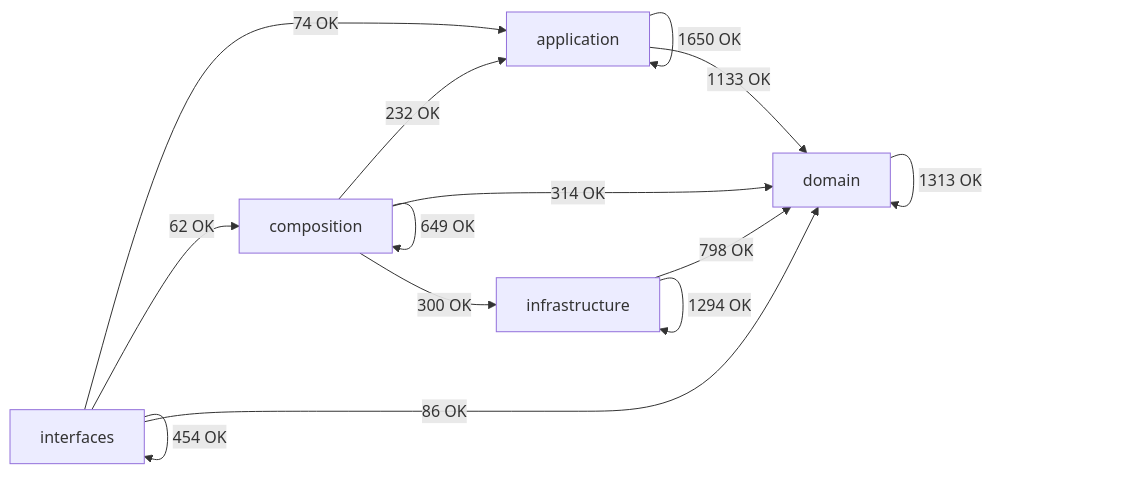
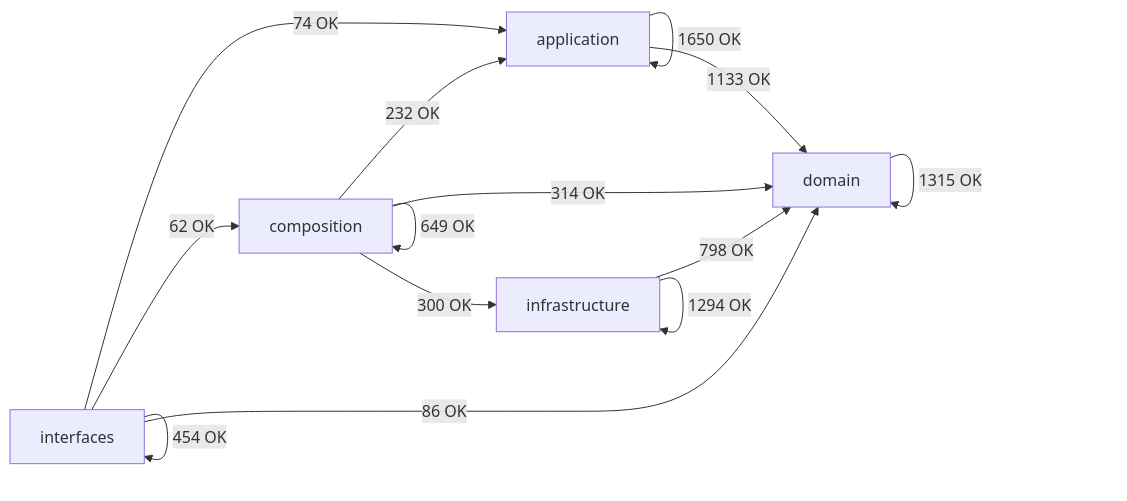
One commit to SatoryKono/BioactivityDataAcquisition changed the diagram in docs/02-architecture/generated/module-dependency-map.md. Above: the diagram before and after it, drawn with Mermaid. The commit also changed other lines of this file and 8 other files, not shown here.

````diff
--- a/docs/02-architecture/generated/module-dependency-map.md
+++ b/docs/02-architecture/generated/module-dependency-map.md
@@ -17,21 +17,21 @@
 ```mermaid
 flowchart LR
     domain[domain]
     application[application]
     infrastructure[infrastructure]
     composition[composition]
     interfaces[interfaces]
     application -->|1650 OK| application
     application -->|1133 OK| domain
     composition -->|232 OK| application
     composition -->|649 OK| composition
     composition -->|314 OK| domain
     composition -->|300 OK| infrastructure
-    domain -->|1313 OK| domain
+    domain -->|1315 OK| domain
     infrastructure -->|798 OK| domain
     infrastructure -->|1294 OK| infrastructure
     interfaces -->|74 OK| application
     interfaces -->|62 OK| composition
     interfaces -->|86 OK| domain
     interfaces -->|454 OK| interfaces
 ```
````
